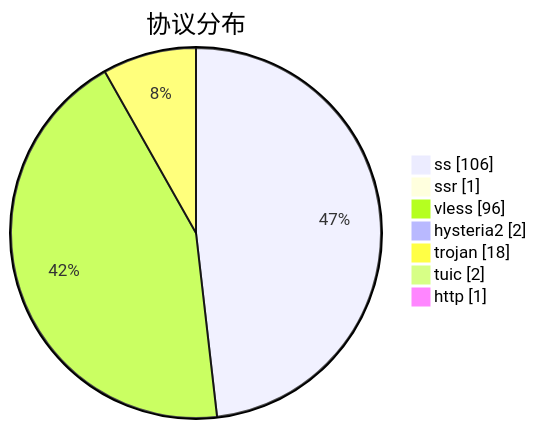
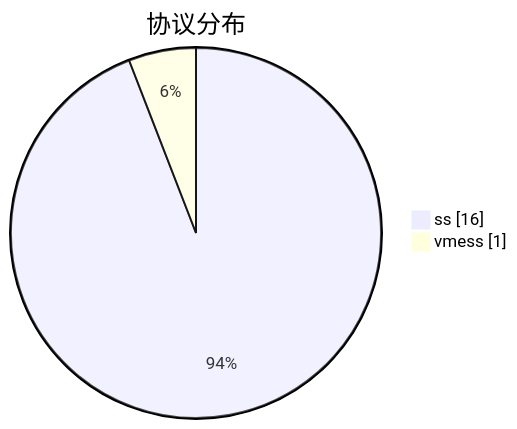
Before and after one commit to sinspired/airport: the third of 3 diagrams in subs/statistics/tested_within.md, drawn with Mermaid. The commit also changed other lines of this file and 2 other files, not shown here.

````diff
--- a/subs/statistics/tested_within.md
+++ b/subs/statistics/tested_within.md
@@ -30,11 +21,6 @@
 ```mermaid
 pie showData
 title 协议分布
-"ss" : 106
-"ssr" : 1
-"vless" : 96
-"hysteria2" : 2
-"trojan" : 18
-"tuic" : 2
-"http" : 1
+"ss" : 16
+"vmess" : 1
 ```
````
